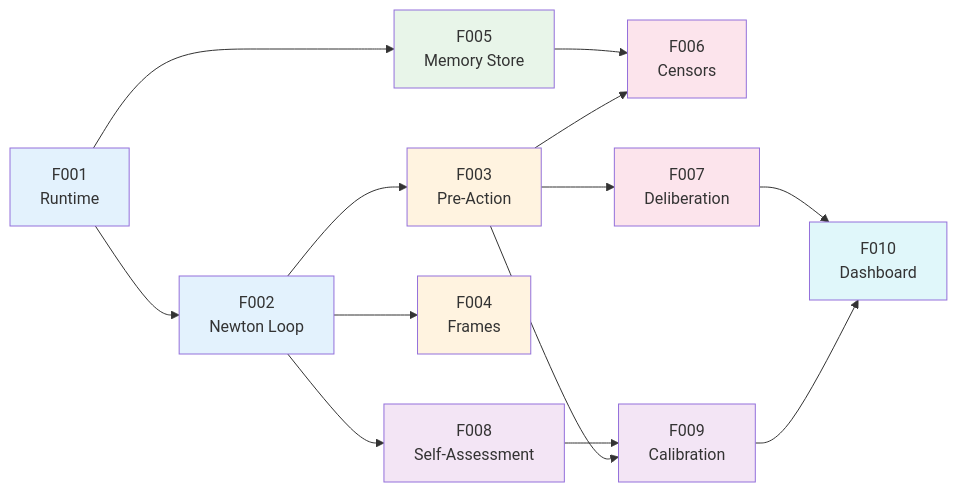
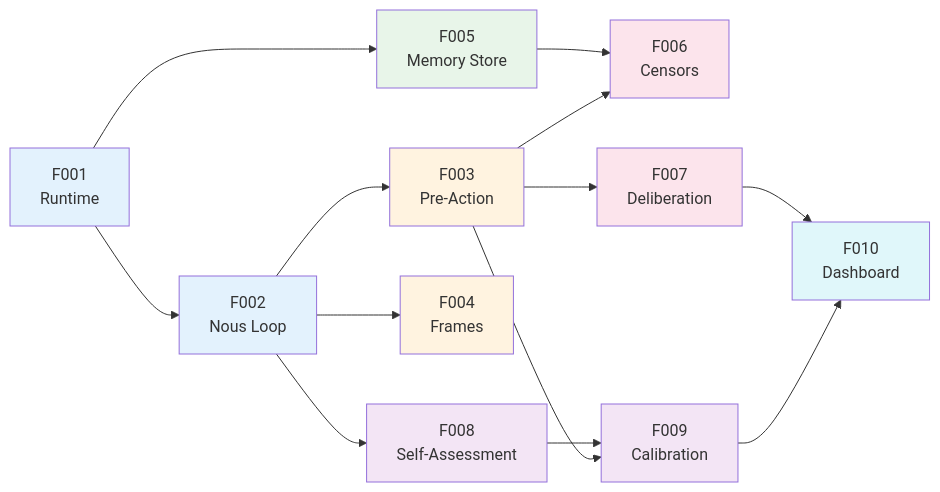
The diagram in docs/research/006-v01-features.md (tfatykhov/newton), drawn with Mermaid before and after one commit. The commit also changed other lines of this file and 19 other files, not shown here.

First line of the commit message:
rename: Newton → Nous

````diff
--- a/docs/research/006-v01-features.md
+++ b/docs/research/006-v01-features.md
@@ -204,26 +204,26 @@
 ```mermaid
 graph LR
-    F001[F001<br/>Runtime] --> F002[F002<br/>Newton Loop]
+    F001[F001<br/>Runtime] --> F002[F002<br/>Nous Loop]
     F001 --> F005[F005<br/>Memory Store]
     F002 --> F003[F003<br/>Pre-Action]
     F002 --> F004[F004<br/>Frames]
     F002 --> F008[F008<br/>Self-Assessment]
     F003 --> F006[F006<br/>Censors]
     F003 --> F007[F007<br/>Deliberation]
     F003 --> F009[F009<br/>Calibration]
     F008 --> F009
     F005 --> F006
     F009 --> F010[F010<br/>Dashboard]
     F007 --> F010
 
     style F001 fill:#e3f2fd
     style F002 fill:#e3f2fd
     style F005 fill:#e8f5e9
     style F003 fill:#fff3e0
     style F004 fill:#fff3e0
     style F006 fill:#fce4ec
     style F007 fill:#fce4ec
     style F008 fill:#f3e5f5
     style F009 fill:#f3e5f5
     style F010 fill:#e0f7fa
 ```
````
